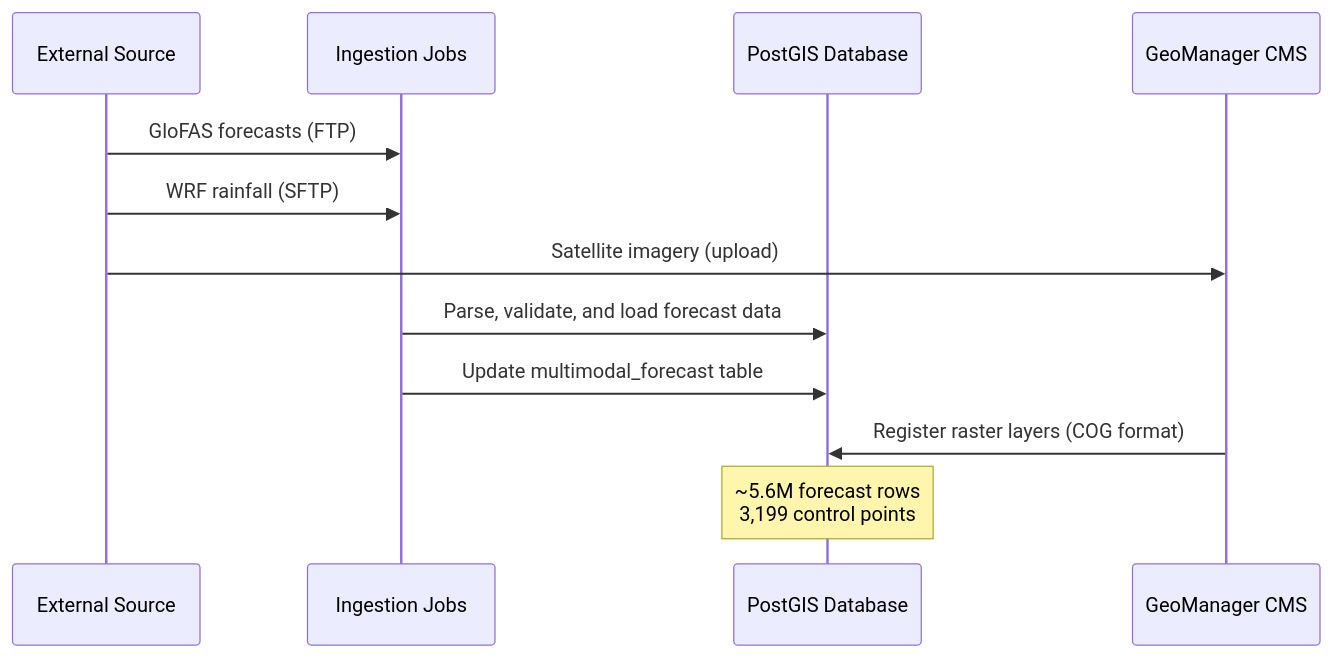
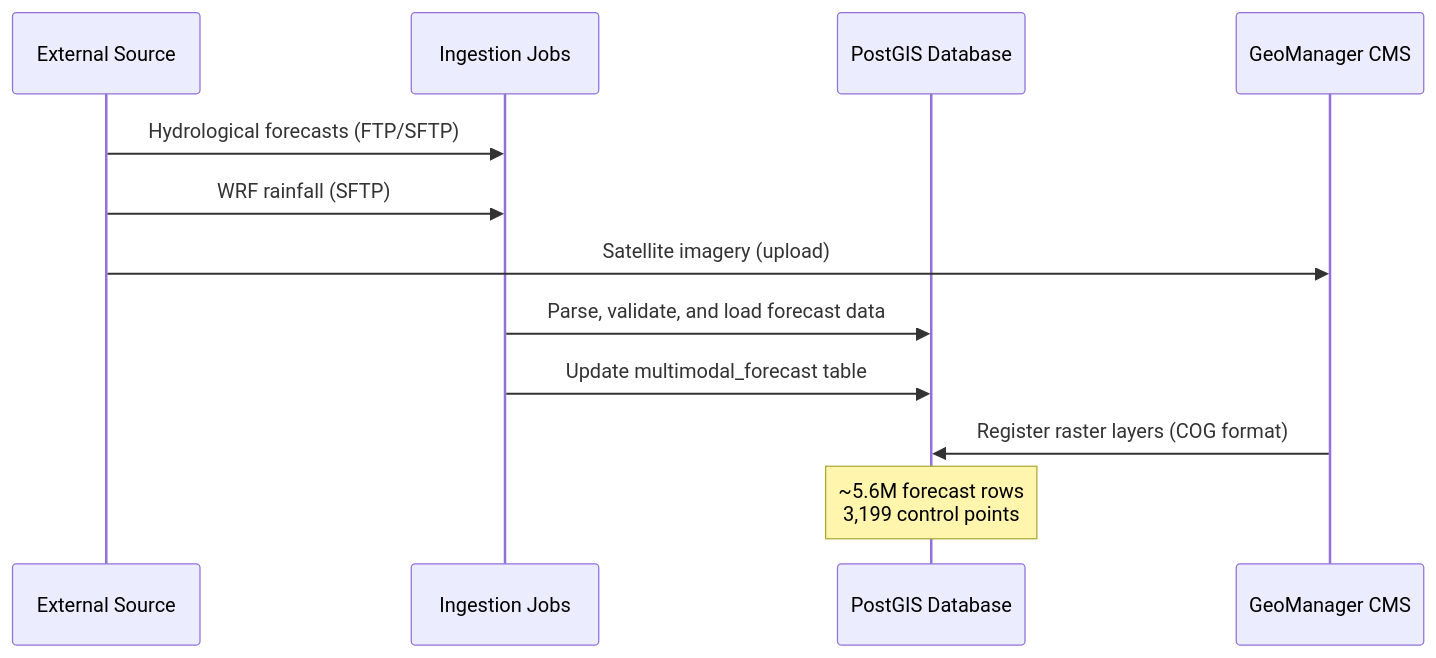
The second of 4 diagrams in mkdocs-site/docs/architecture/overview.md (icpac-igad/flood_watch_system), drawn with Mermaid before and after one commit. The commit also changed other lines of this file and 4 other files, not shown here.

````diff
--- a/mkdocs-site/docs/architecture/overview.md
+++ b/mkdocs-site/docs/architecture/overview.md
@@ -81,17 +81,17 @@
 ```mermaid
 sequenceDiagram
     participant Source as External Source
     participant Jobs as Ingestion Jobs
     participant DB as PostGIS Database
     participant CMS as GeoManager CMS
 
-    Source->>Jobs: GloFAS forecasts (FTP)
+    Source->>Jobs: Hydrological forecasts (FTP/SFTP)
     Source->>Jobs: WRF rainfall (SFTP)
     Source->>CMS: Satellite imagery (upload)
 
     Jobs->>DB: Parse, validate, and load forecast data
     Jobs->>DB: Update multimodal_forecast table
     CMS->>DB: Register raster layers (COG format)
 
     Note over DB: ~5.6M forecast rows<br/>3,199 control points
 ```
````
